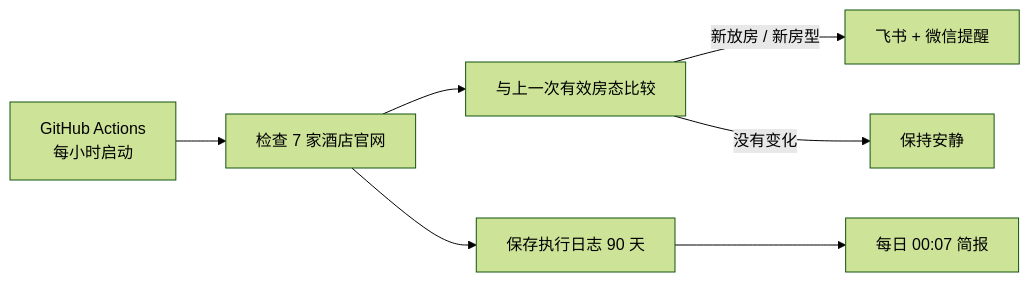
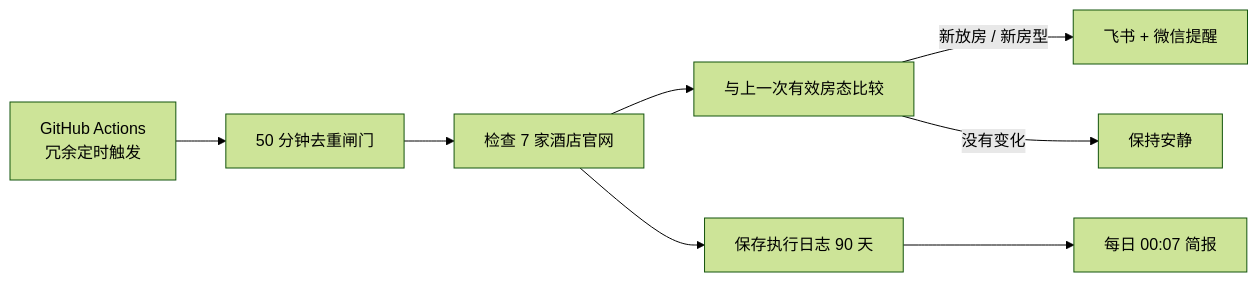
The diagram in README.md (biblioth/tekapo-hotel-monitor), drawn with Mermaid (forest theme) before and after one commit. The commit also changed other lines of this file and 5 other files, not shown here.

````diff
--- a/README.md
+++ b/README.md
@@ -76,9 +76,10 @@
 ```mermaid
 flowchart LR
-    A[GitHub Actions<br/>每小时启动] --> B[检查 7 家酒店官网]
-    B --> C[与上一次有效房态比较]
-    C -->|新放房 / 新房型| D[飞书 + 微信提醒]
-    C -->|没有变化| E[保持安静]
-    B --> F[保存执行日志 90 天]
-    F --> G[每日 00:07 简报]
+    A[GitHub Actions<br/>冗余定时触发] --> B[50 分钟去重闸门]
+    B --> C[检查 7 家酒店官网]
+    C --> D[与上一次有效房态比较]
+    D -->|新放房 / 新房型| E[飞书 + 微信提醒]
+    D -->|没有变化| F[保持安静]
+    C --> G[保存执行日志 90 天]
+    G --> H[每日 00:07 简报]
 ```
````
